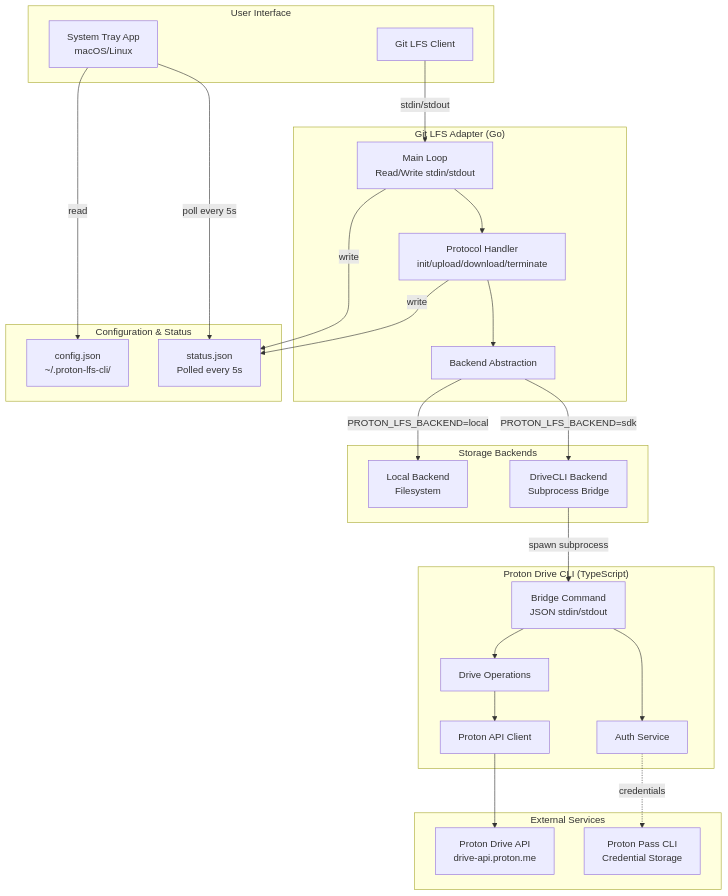
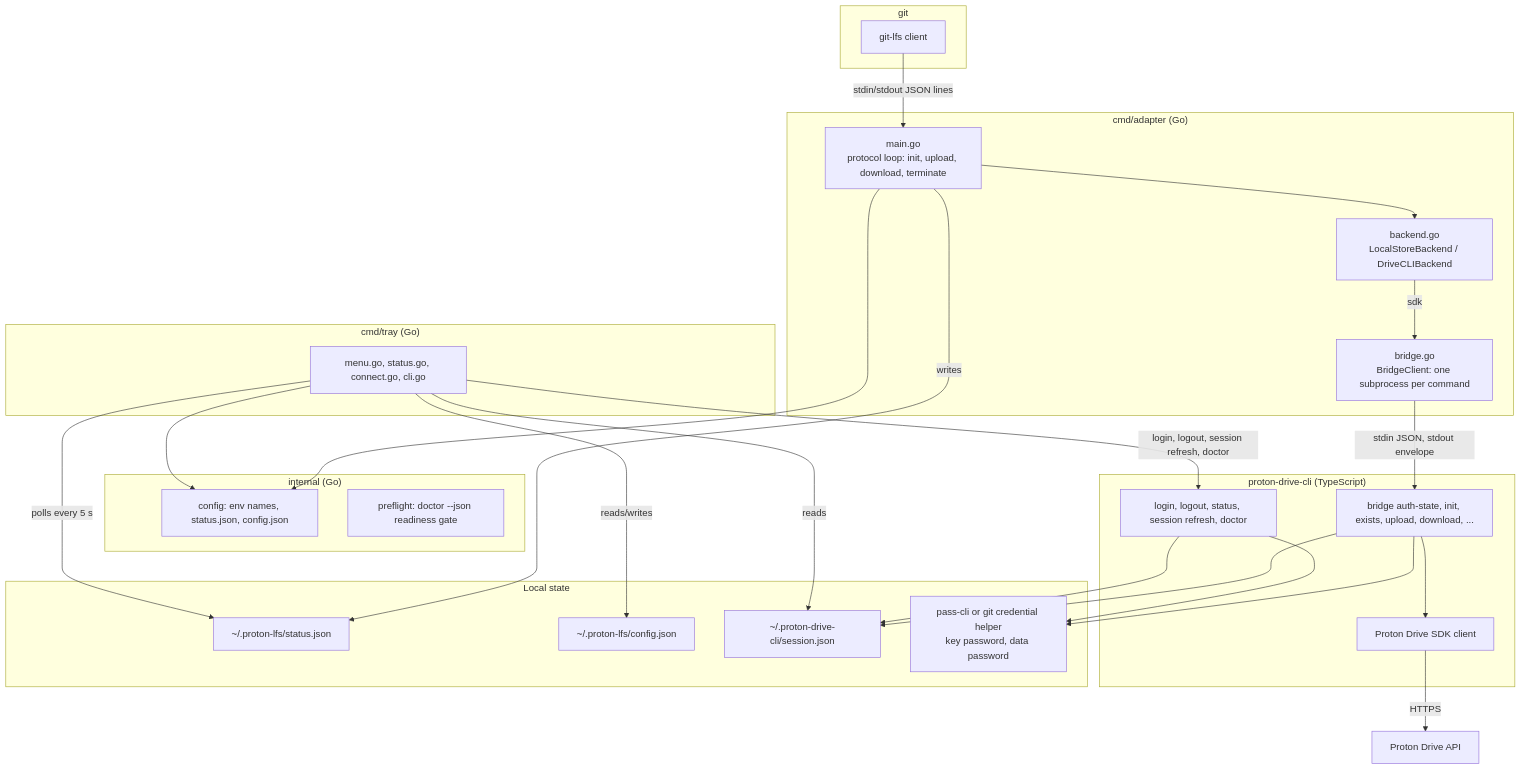
One commit to SevenOfNine-labs/proton-lfs-cli changed the first of 5 diagrams in docs/architecture/architecture.md. Above: the diagram before and after it, drawn with Mermaid. The commit also changed other lines of this file and 116 other files, not shown here.

````diff
--- a/docs/architecture/architecture.md
+++ b/docs/architecture/architecture.md
@@ -9,57 +13,52 @@
 ```mermaid
 graph TB
-    subgraph "User Interface"
-        Git[Git LFS Client]
-        Tray[System Tray App<br/>macOS/Linux]
+    subgraph "git"
+        Git[git-lfs client]
     end
 
-    subgraph "Git LFS Adapter (Go)"
-        Main[Main Loop<br/>Read/Write stdin/stdout]
-        Protocol[Protocol Handler<br/>init/upload/download/terminate]
-        Backend[Backend Abstraction]
+    subgraph "cmd/adapter (Go)"
+        Main[main.go<br/>protocol loop: init, upload, download, terminate]
+        Backend[backend.go<br/>LocalStoreBackend / DriveCLIBackend]
+        Bridge[bridge.go<br/>BridgeClient: one subprocess per command]
     end
 
-    subgraph "Storage Backends"
-        Local[Local Backend<br/>Filesystem]
-        DriveCLI[DriveCLI Backend<br/>Subprocess Bridge]
+    subgraph "cmd/tray (Go)"
+        Tray[menu.go, status.go, connect.go, cli.go]
     end
 
-    subgraph "Proton Drive CLI (TypeScript)"
-        Bridge[Bridge Command<br/>JSON stdin/stdout]
-        Auth[Auth Service]
-        Drive[Drive Operations]
-        API[Proton API Client]
+    subgraph "internal (Go)"
+        Config[config: env names, status.json, config.json]
+        Preflight[preflight: doctor --json readiness gate]
     end
 
-    subgraph "Configuration & Status"
-        Config[config.json<br/>~/.proton-lfs-cli/]
-        Status[status.json<br/>Polled every 5s]
+    subgraph "proton-drive-cli (TypeScript)"
+        CLI[login, logout, status, session refresh, doctor]
+        BridgeCmd[bridge auth-state, init, exists, upload, download, ...]
+        SDK[Proton Drive SDK client]
     end
 
-    subgraph "External Services"
-        ProtonAPI[Proton Drive API<br/>drive-api.proton.me]
-        PassCLI[Proton Pass CLI<br/>Credential Storage]
+    subgraph "Local state"
+        Status[~/.proton-lfs/status.json]
+        Prefs[~/.proton-lfs/config.json]
+        Session[~/.proton-drive-cli/session.json]
+        Providers[pass-cli or git credential helper<br/>key password, data password]
     end
 
-    Git --> | stdin/stdout | Main
-    Main --> Protocol
-    Protocol --> Backend
-
-    Backend --> | PROTON_LFS_BACKEND=local | Local
-    Backend --> | PROTON_LFS_BACKEND=sdk | DriveCLI
-
-    DriveCLI --> | spawn subprocess | Bridge
-    Bridge --> Auth
-    Bridge --> Drive
-    Drive --> API
-    API --> ProtonAPI
-
-    Auth -.credentials.-> PassCLI
-
-    Tray --> | read | Config
-    Tray --> | poll every 5s | Status
-    Protocol --> | write | Status
-
-    Main --> | write | Status
-
+    Git -->|stdin/stdout JSON lines| Main
+    Main --> Backend
+    Backend -->|sdk| Bridge
+    Bridge -->|stdin JSON, stdout envelope| BridgeCmd
+    BridgeCmd --> SDK
+    SDK -->|HTTPS| Proton[Proton Drive API]
+    BridgeCmd --> Session
+    BridgeCmd --> Providers
+    Main -->|writes| Status
+    Tray -->|polls every 5 s| Status
+    Tray -->|reads/writes| Prefs
+    Tray -->|reads| Session
+    Tray -->|login, logout, session refresh, doctor| CLI
+    CLI --> Session
+    CLI --> Providers
+    Main --> Config
+    Tray --> Config
 ```
````
